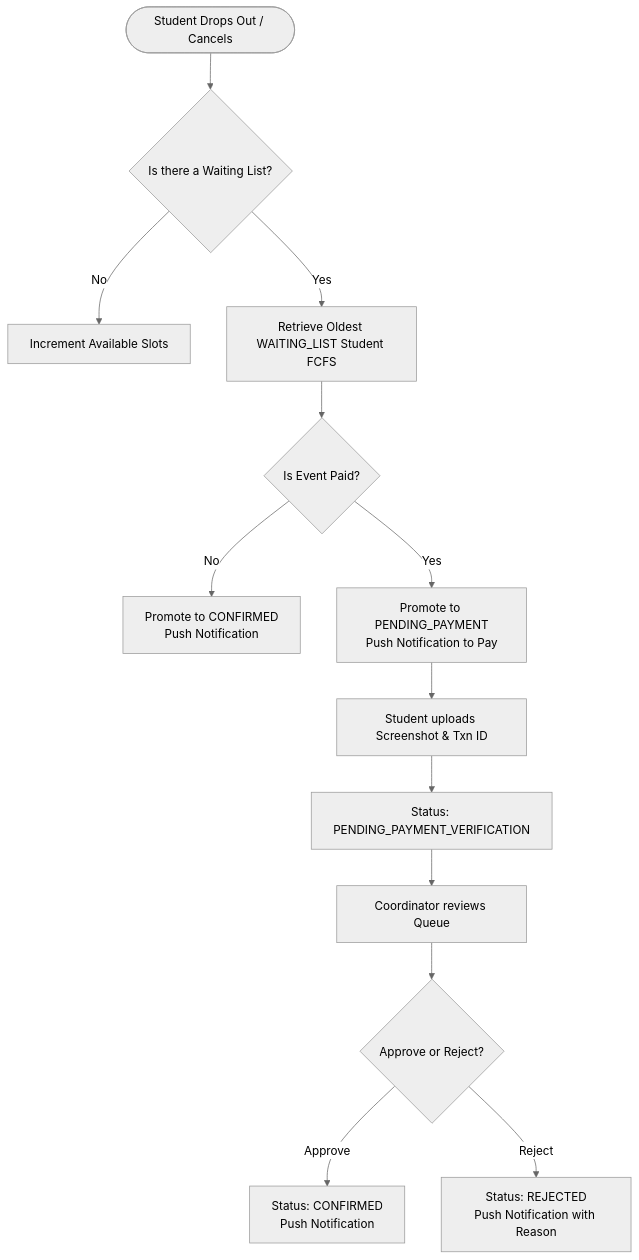
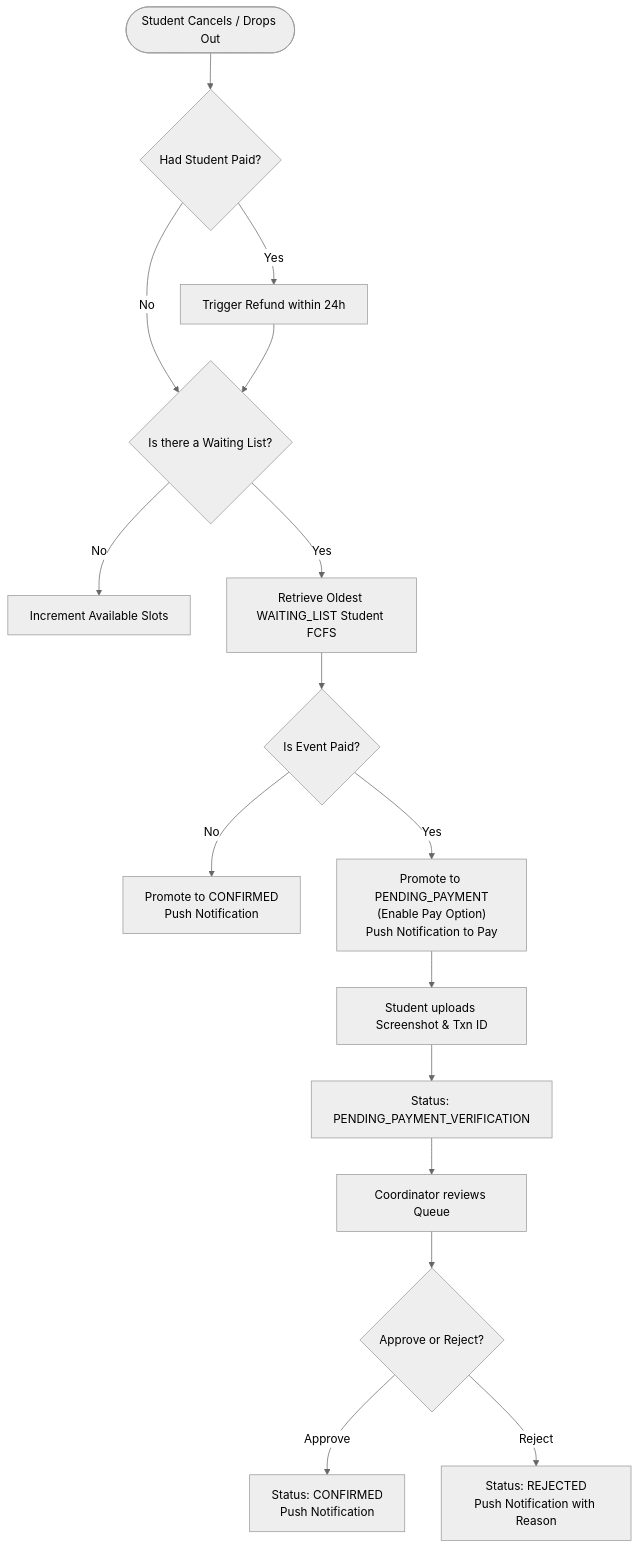
The second of 2 diagrams in docs/prd.md (pec-developers/pec-events-app), drawn with Mermaid (neutral theme) before and after one commit. The commit also changed other lines of this file, not shown here.

First line of the commit message:
docs(prd): update paid registration, waiting list, and refund flows

````diff
--- a/docs/prd.md
+++ b/docs/prd.md
@@ -89,15 +86,19 @@
 ```mermaid
 flowchart TD
-    A([Student Drops Out / Cancels]) --> B{Is there a Waiting List?}
+    A([Student Cancels / Drops Out]) --> CheckPaid{Had Student Paid?}
+    CheckPaid -- Yes --> TriggerRefund[Trigger Refund within 24h]
+    CheckPaid -- No --> B{Is there a Waiting List?}
+    TriggerRefund --> B
+    
     B -- No --> C[Increment Available Slots]
     B -- Yes --> D[Retrieve Oldest WAITING_LIST Student FCFS]
     D --> E{Is Event Paid?}
     E -- No --> F["Promote to CONFIRMED<br/>Push Notification"]
-    E -- Yes --> G["Promote to PENDING_PAYMENT<br/>Push Notification to Pay"]
+    E -- Yes --> G["Promote to PENDING_PAYMENT<br/>(Enable Pay Option)<br/>Push Notification to Pay"]
     G --> H[Student uploads Screenshot & Txn ID]
     H --> I[Status: PENDING_PAYMENT_VERIFICATION]
     I --> J[Coordinator reviews Queue]
     J --> K{Approve or Reject?}
     K -- Approve --> L["Status: CONFIRMED<br/>Push Notification"]
     K -- Reject --> M["Status: REJECTED<br/>Push Notification with Reason"]
 ```
````
